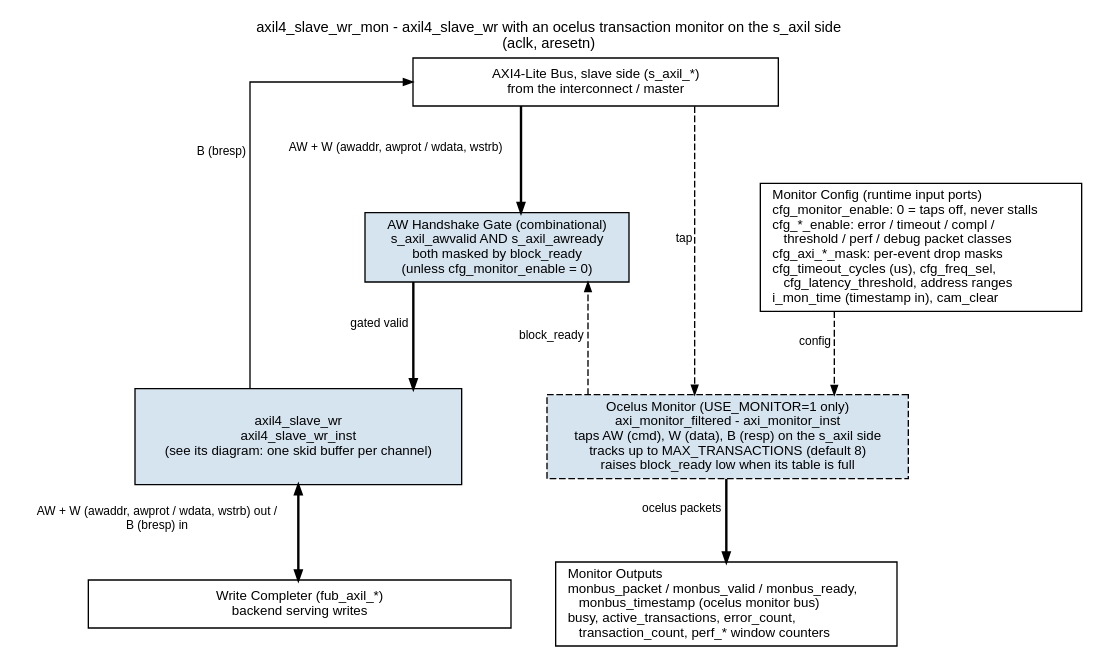
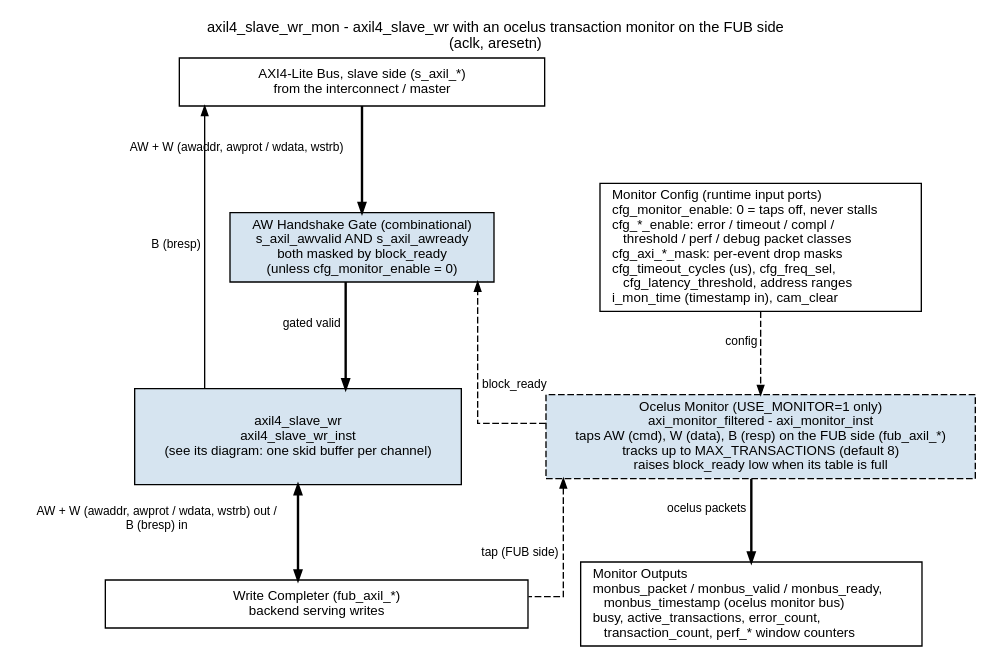
Before and after one commit to sean-galloway/RTLDesignSherpa: the diagram in docs/markdown/assets/rtl-amba/graphviz/axil4_slave_wr_mon.dot, drawn with Graphviz. The commit also changed 118 other files, not shown here.

First line of the commit message:
fix(amba): monitors tap the FUB side; consistent busy; EARLY_BURSTS (Fixes #108, Fixes #113)

```diff
--- a/docs/markdown/assets/rtl-amba/graphviz/axil4_slave_wr_mon.dot
+++ b/docs/markdown/assets/rtl-amba/graphviz/axil4_slave_wr_mon.dot
@@ -1,38 +1,38 @@
 // axil4_slave_wr_mon block diagram - house style (vault/handbook/authoring/block-diagrams.md).
 // Variant of axil4_slave_wr: the wrapped module is ONE child box (see its own diagram);
 // only what this wrapper adds is drawn. Generated from the axil4 variant template.
 // Source of truth: rtl/amba/axil4/axil4_slave_wr_mon.sv.
 digraph axil4_slave_wr_mon {
     graph [rankdir=TB, bgcolor="white", fontname="Helvetica", fontsize=11,
            nodesep="0.45", ranksep="0.80", splines=ortho, newrank=true,
-           label="axil4_slave_wr_mon - axil4_slave_wr with an ocelus transaction monitor on the s_axil side\n(aclk, aresetn)",
+           label="axil4_slave_wr_mon - axil4_slave_wr with an ocelus transaction monitor on the FUB side\n(aclk, aresetn)",
            labelloc=t, labeljust=c];
     node  [fontname="Helvetica", fontsize=10, shape=box, style=filled,
            fillcolor="#D6E4F0", color="black", margin="0.12,0.06"];
     edge  [fontname="Helvetica", fontsize=9, color="black", arrowsize=0.7];
 
     top   [label="AXI4-Lite Bus, slave side (s_axil_*)\nfrom the interconnect / master", fillcolor="white", width=3.8];
     child [label="axil4_slave_wr\naxil4_slave_wr_inst\n(see its diagram: one skid buffer per channel)", width=3.4, height=1.0];
     bot   [label="Write Completer (fub_axil_*)\nbackend serving writes", fillcolor="white", width=4.4];
 
     mcfg  [label="Monitor Config (runtime input ports)\lcfg_monitor_enable: 0 = taps off, never stalls\lcfg_*_enable: error / timeout / compl /\l    threshold / perf / debug packet classes\lcfg_axi_*_mask: per-event drop masks\lcfg_timeout_cycles (us), cfg_freq_sel,\l    cfg_latency_threshold, address ranges\li_mon_time (timestamp in), cam_clear\l", fillcolor="white"];
-    mon   [label="Ocelus Monitor (USE_MONITOR=1 only)\naxi_monitor_filtered - axi_monitor_inst\ntaps AW (cmd), W (data), B (resp) on the s_axil side\ntracks up to MAX_TRANSACTIONS (default 8)\nraises block_ready low when its table is full", style="filled,dashed"];
+    mon   [label="Ocelus Monitor (USE_MONITOR=1 only)\naxi_monitor_filtered - axi_monitor_inst\ntaps AW (cmd), W (data), B (resp) on the FUB side (fub_axil_*)\ntracks up to MAX_TRANSACTIONS (default 8)\nraises block_ready low when its table is full", style="filled,dashed"];
     gate  [label="AW Handshake Gate (combinational)\ns_axil_awvalid AND s_axil_awready\nboth masked by block_ready\n(unless cfg_monitor_enable = 0)"];
     mout  [label="Monitor Outputs\lmonbus_packet / monbus_valid / monbus_ready,\l    monbus_timestamp (ocelus monitor bus)\lbusy, active_transactions, error_count,\l    transaction_count, perf_* window counters\l", fillcolor="white"];
     mcfg -> mon [style=dashed, xlabel="config"];
     mon  -> gate [style=dashed, xlabel="block_ready"];
     mon  -> mout [xlabel="ocelus packets", penwidth=1.8];
 
     top  -> gate  [xlabel="AW + W (awaddr, awprot / wdata, wstrb)", penwidth=1.8];
     gate -> child [xlabel="gated valid", penwidth=1.8];
     child -> bot  [dir=both, xlabel="AW + W (awaddr, awprot / wdata, wstrb) out /\nB (bresp) in", penwidth=1.8];
 
     top -> child [dir=back, xlabel="B (bresp)", constraint=false];
-    top -> mon [style=dashed, xlabel="tap"];
+    mon -> bot [dir=back, style=dashed, constraint=false, xlabel="tap (FUB side)"];
 
     { rank=same; gate; mcfg; }
     { rank=same; child; mon; }
     child -> mon [style=invis, minlen=2];
     { rank=same; bot; mout; }
     bot -> mout [style=invis];
 }
```
